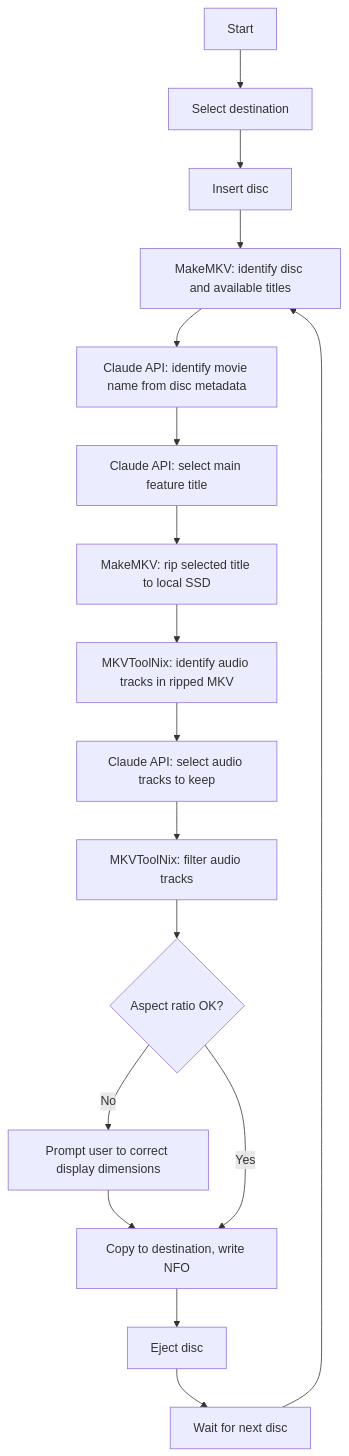
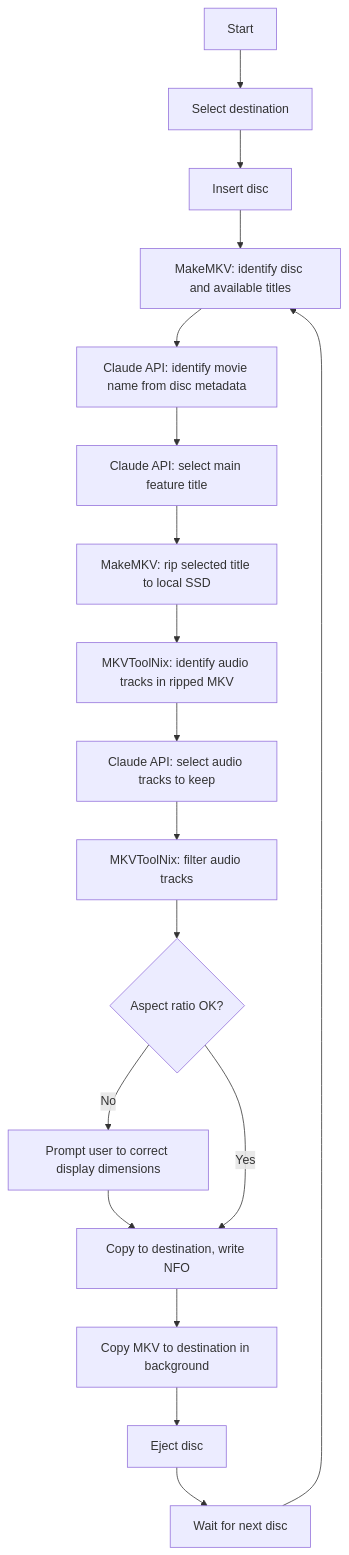
One commit to MrLogic85/Make-MKV-auto-rip-using-Claude-API changed the diagram in README.md. Above: the diagram before and after it, drawn with Mermaid. The commit also changed other lines of this file, not shown here.

Commit message:
docs: update README for background copy feature

````diff
--- a/README.md
+++ b/README.md
@@ -64,19 +65,20 @@
 ```mermaid
 flowchart TD
     A[Start] --> B[Select destination]
     B --> C[Insert disc]
     C --> D[MakeMKV: identify disc and available titles]
     D --> E[Claude API: identify movie name from disc metadata]
     E --> F[Claude API: select main feature title]
     F --> G[MakeMKV: rip selected title to local SSD]
     G --> H[MKVToolNix: identify audio tracks in ripped MKV]
     H --> I[Claude API: select audio tracks to keep]
     I --> J[MKVToolNix: filter audio tracks]
     J --> K{Aspect ratio OK?}
     K -- No --> L[Prompt user to correct display dimensions]
     L --> M[Copy to destination, write NFO]
     K -- Yes --> M
-    M --> N[Eject disc]
-    N --> O[Wait for next disc]
-    O --> D
+    M --> N[Copy MKV to destination in background]
+    N --> O[Eject disc]
+    O --> P[Wait for next disc]
+    P --> D
 ```
````
